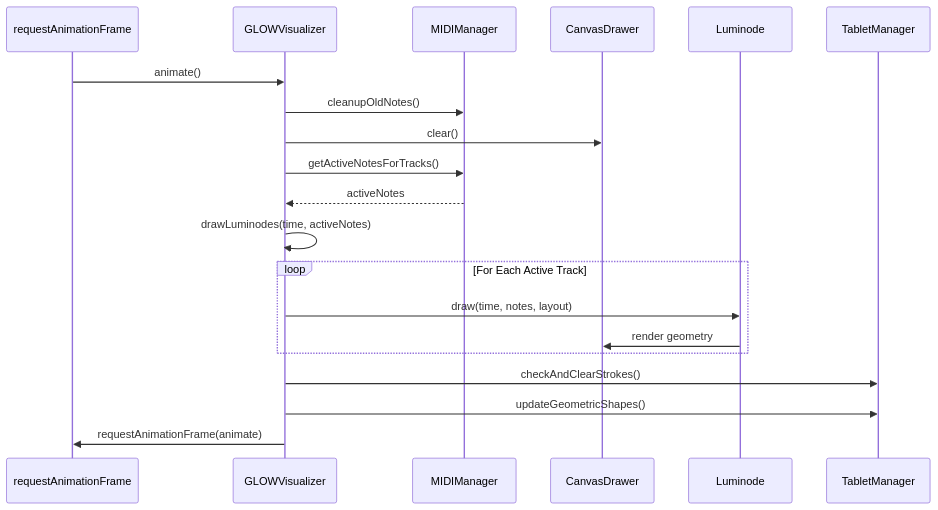
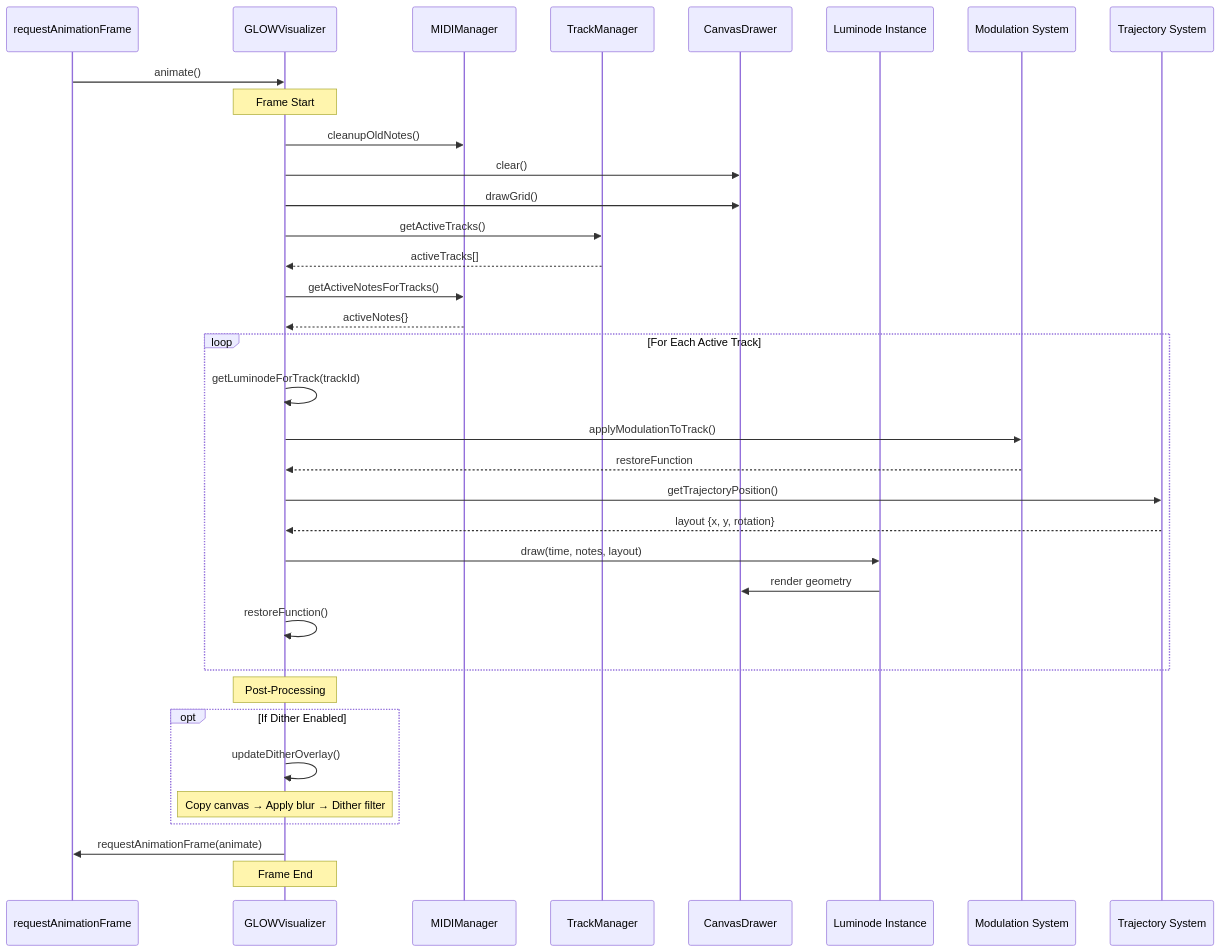
The second of 2 diagrams in diagrams/04-rendering-pipeline.md (rafaelbecks/glow), drawn with Mermaid before and after one commit. The commit also changed other lines of this file, not shown here.

Commit message:
updated diagrams

````diff
--- a/diagrams/04-rendering-pipeline.md
+++ b/diagrams/04-rendering-pipeline.md
@@ -84,25 +75,50 @@
 ```mermaid
 sequenceDiagram
     participant RAF as requestAnimationFrame
     participant GLOW as GLOWVisualizer
     participant MIDI as MIDIManager
+    participant TRACK as TrackManager
     participant CANVAS as CanvasDrawer
-    participant LUMINODE as Luminode
-    participant TABLET as TabletManager
+    participant LUMINODE as Luminode Instance
+    participant MOD as Modulation System
+    participant TRAJ as Trajectory System
     
     RAF->>GLOW: animate()
+    
+    Note over GLOW: Frame Start
+    
     GLOW->>MIDI: cleanupOldNotes()
     GLOW->>CANVAS: clear()
+    GLOW->>CANVAS: drawGrid()
+    
+    GLOW->>TRACK: getActiveTracks()
+    TRACK-->>GLOW: activeTracks[]
+    
     GLOW->>MIDI: getActiveNotesForTracks()
-    MIDI-->>GLOW: activeNotes
-    GLOW->>GLOW: drawLuminodes(time, activeNotes)
+    MIDI-->>GLOW: activeNotes{}
     
     loop For Each Active Track
+        GLOW->>GLOW: getLuminodeForTrack(trackId)
+        GLOW->>MOD: applyModulationToTrack()
+        MOD-->>GLOW: restoreFunction
+        
+        GLOW->>TRAJ: getTrajectoryPosition()
+        TRAJ-->>GLOW: layout {x, y, rotation}
+        
         GLOW->>LUMINODE: draw(time, notes, layout)
         LUMINODE->>CANVAS: render geometry
+        
+        GLOW->>GLOW: restoreFunction()
     end
     
-    GLOW->>TABLET: checkAndClearStrokes()
-    GLOW->>TABLET: updateGeometricShapes()
+    Note over GLOW: Post-Processing
+    
+    opt If Dither Enabled
+        GLOW->>GLOW: updateDitherOverlay()
+        Note over GLOW: Copy canvas → Apply blur → Dither filter
+    end
+    
     GLOW->>RAF: requestAnimationFrame(animate)
+    
+    Note over GLOW: Frame End
 ```
````
